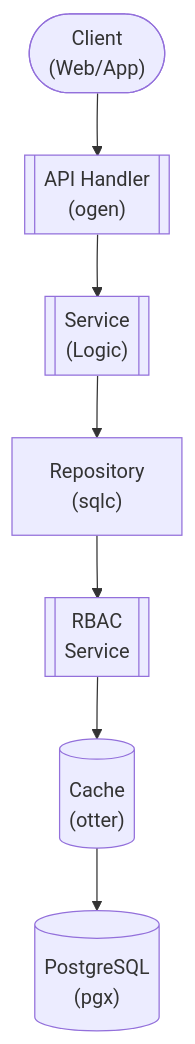
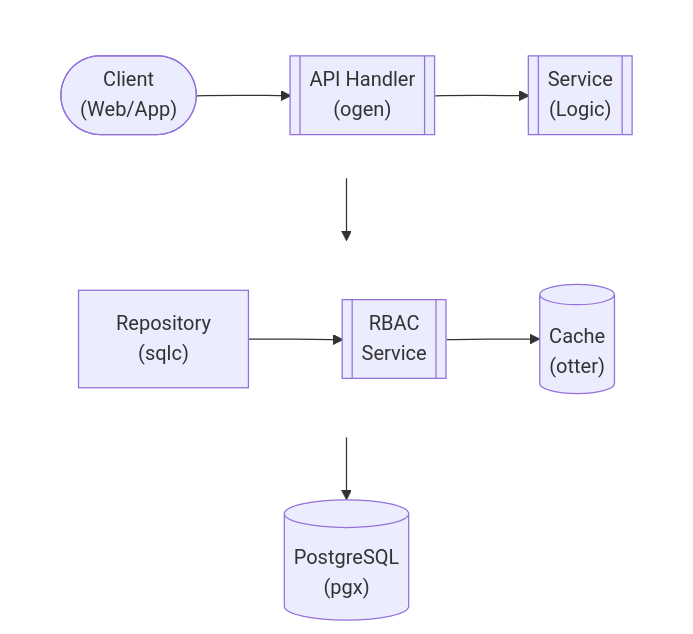
One commit to lusoris/revenge changed the diagram in docs/dev/design/services/GRANTS.md. Above: the diagram before and after it, drawn with Mermaid. The commit also changed 210 other files, not shown here.

First line of the commit message:
feat(docs): Add horizontal layout support for Mermaid diagrams

````diff
--- a/docs/dev/design/services/GRANTS.md
+++ b/docs/dev/design/services/GRANTS.md
@@ -58,16 +58,26 @@
 ```mermaid
 flowchart TD
-    node1(["Client<br/>(Web/App)"])
-    node2[["API Handler<br/>(ogen)"]]
-    node3[["Service<br/>(Logic)"]]
-    node4["Repository<br/>(sqlc)"]
-    node5[["RBAC<br/>Service"]]
-    node6[("Cache<br/>(otter)")]
+    subgraph row1[ ]
+        direction LR
+        node1(["Client<br/>(Web/App)"])
+        node2[["API Handler<br/>(ogen)"]]
+        node3[["Service<br/>(Logic)"]]
+    end
+    subgraph row2[ ]
+        direction LR
+        node4["Repository<br/>(sqlc)"]
+        node5[["RBAC<br/>Service"]]
+        node6[("Cache<br/>(otter)")]
+    end
     node7[("PostgreSQL<br/>(pgx)")]
     node1 --> node2
     node2 --> node3
     node4 --> node5
     node5 --> node6
     node3 --> node4
     node6 --> node7
+
+    %% Hide row subgraph borders
+    style row1 fill:transparent,stroke:transparent
+    style row2 fill:transparent,stroke:transparent
 ```
````
